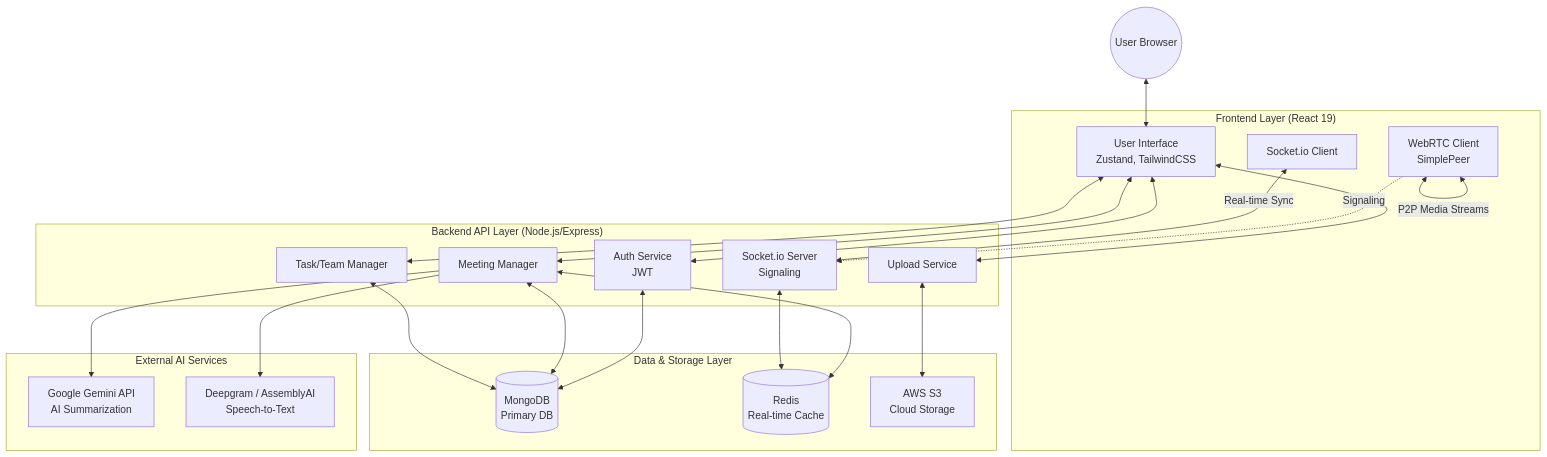
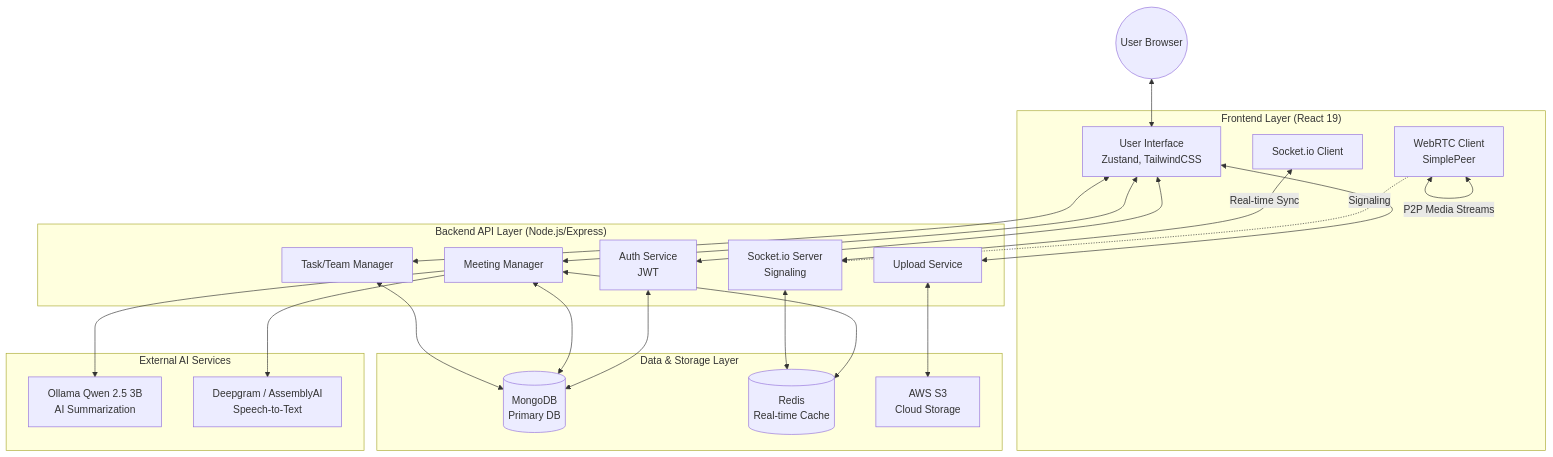
Before and after one commit to aayushg2006/intellimeet-ai: the diagram in README.md, drawn with Mermaid. The commit also changed 5 other files, not shown here.

Commit message:
Update AI layer to Ollama Qwen 2.5 3B in README

````diff
--- a/README.md
+++ b/README.md
@@ -42,54 +42,54 @@
 ```mermaid
 graph TD
     %% User/Client Tier
     User((User Browser))
     
     subgraph "Frontend Layer (React 19)"
         UI[User Interface <br/> Zustand, TailwindCSS]
         RTC_Client[WebRTC Client <br/> SimplePeer]
         WS_Client[Socket.io Client]
     end
     
     subgraph "Backend API Layer (Node.js/Express)"
         Auth[Auth Service <br/> JWT]
         VideoMgr[Meeting Manager]
         TaskMgr[Task/Team Manager]
         Uploads[Upload Service]
         WS_Server[Socket.io Server <br/> Signaling]
     end
     
     subgraph "Data & Storage Layer"
         DB[(MongoDB <br/> Primary DB)]
         Cache[(Redis <br/> Real-time Cache)]
         S3[AWS S3 <br/> Cloud Storage]
     end
     
     subgraph "External AI Services"
-        LLM[Google Gemini API <br/> AI Summarization]
+        LLM[Ollama Qwen 2.5 3B <br/> AI Summarization]
         Transcribe[Deepgram / AssemblyAI <br/> Speech-to-Text]
     end
 
     %% Connections
     User <--> UI
     UI <--> Auth
     UI <--> VideoMgr
     UI <--> TaskMgr
     UI <--> Uploads
     
     RTC_Client -.->|Signaling| WS_Server
     RTC_Client <-->|P2P Media Streams| RTC_Client
     
     WS_Client <-->|Real-time Sync| WS_Server
     
     Auth <--> DB
     VideoMgr <--> DB
     TaskMgr <--> DB
     
     VideoMgr <--> Cache
     WS_Server <--> Cache
     
     Uploads <--> S3
     
     VideoMgr --> Transcribe
     VideoMgr --> LLM
 ```
````
